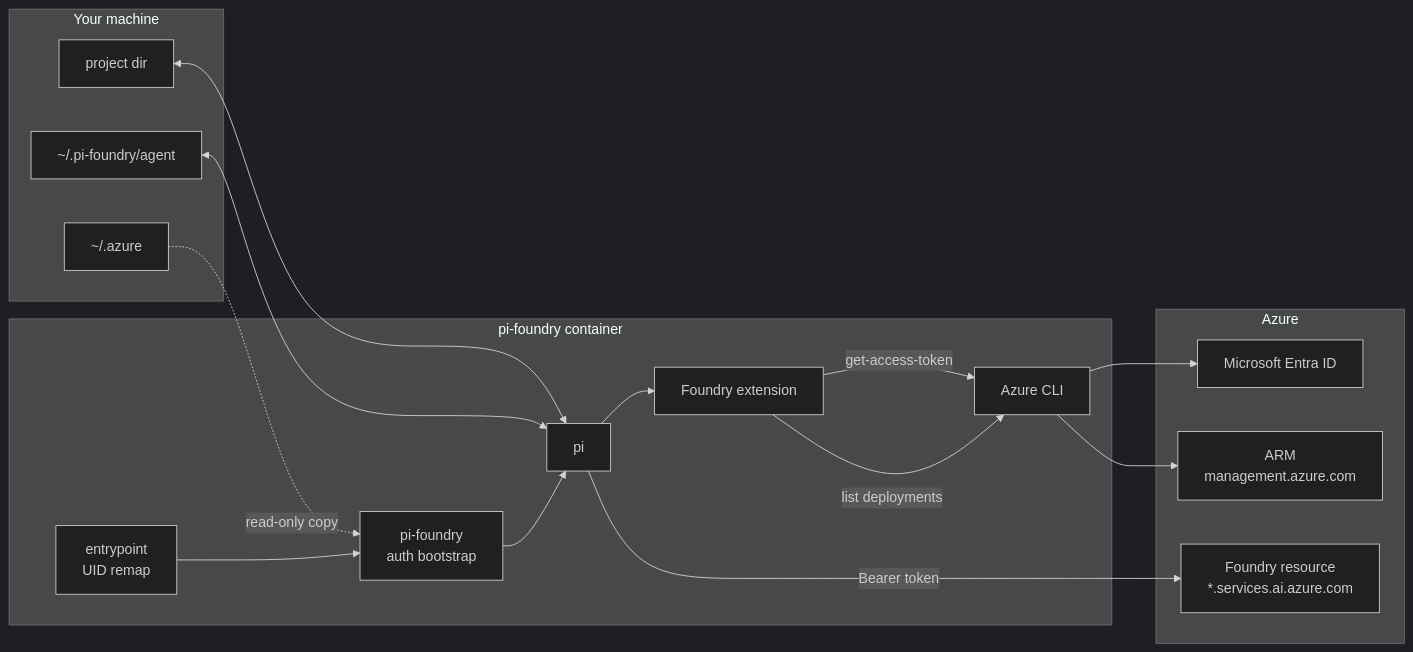
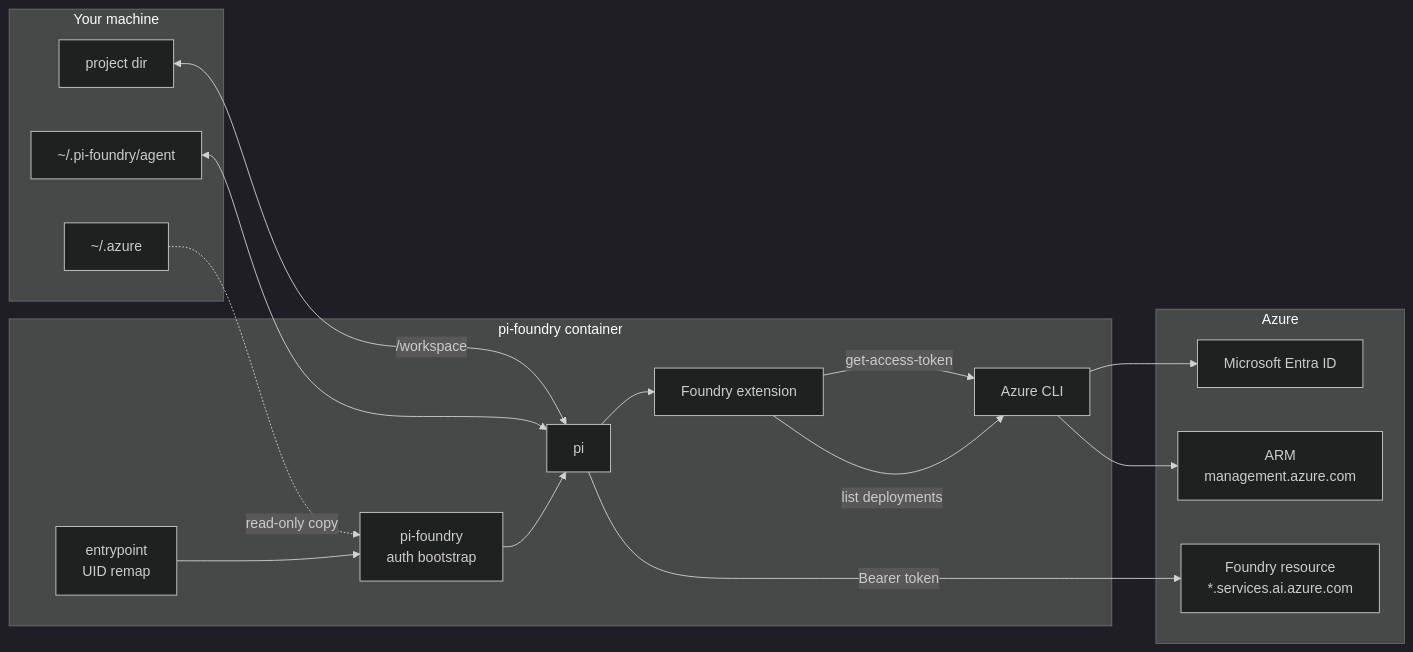
The diagram in docs/how-it-works.md (coopdloop/pi-foundry-ai-service-container), drawn with Mermaid (dark theme) before and after one commit. The commit also changed other lines of this file and 28 other files, not shown here.

````diff
--- a/docs/how-it-works.md
+++ b/docs/how-it-works.md
@@ -3,27 +3,27 @@
 ```mermaid
 flowchart LR
     subgraph host[Your machine]
         proj[project dir]
         cfg[~/.pi-foundry/agent]
         azh[~/.azure]
     end
     subgraph c[pi-foundry container]
         ep[entrypoint<br/>UID remap]
         pf[pi-foundry<br/>auth bootstrap]
         pi[pi]
         ext[Foundry extension]
         az[Azure CLI]
     end
     subgraph azure[Azure]
         entra[Microsoft Entra ID]
         arm[ARM<br/>management.azure.com]
         fdy[Foundry resource<br/>*.services.ai.azure.com]
     end
-    proj <--> pi
+    proj <-- /workspace --> pi
     cfg <--> pi
     azh -. read-only copy .-> pf
     ep --> pf --> pi --> ext
     ext -- get-access-token --> az --> entra
     ext -- list deployments --> az --> arm
     pi -- Bearer token --> fdy
 ```
````
